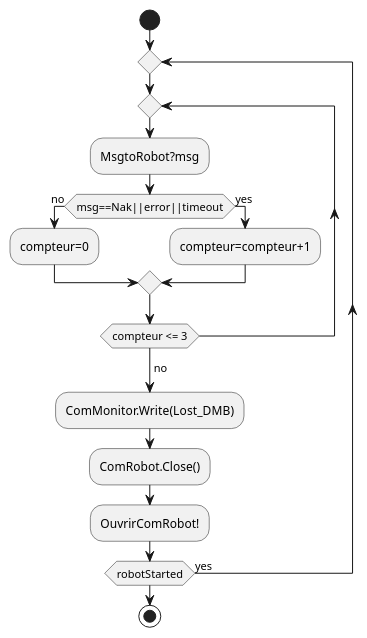
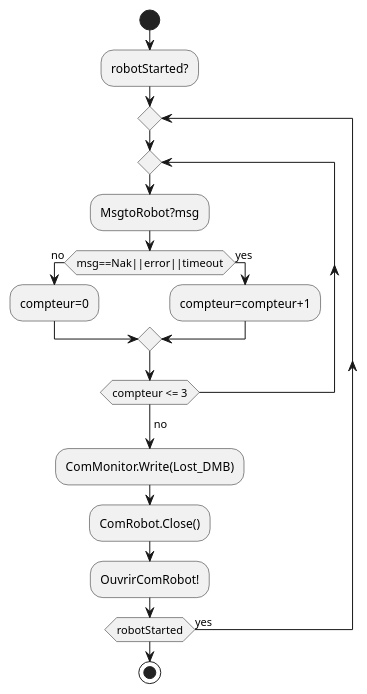
One commit to dotsumae/TP-temps-reel changed the diagram in modele/diagrammes d'activite/8 et 9_pertecomRS.plantuml. Above: the diagram before and after it, drawn with PlantUML.

Commit message:
Update 8 et 9_pertecomRS.plantuml

```diff
--- a/modele/diagrammes d'activite/8 et 9_pertecomRS.plantuml
+++ b/modele/diagrammes d'activite/8 et 9_pertecomRS.plantuml
@@ -1,27 +1,29 @@
 @startuml
 'Fonctionnalite 8 et 9 : 
 
 skinparam monochrome true
 
 start
+:robotStarted?;
+
 repeat
 repeat
 :MsgtoRobot?msg;
 
 if (msg==Nak||error||timeout) then (no)
   :compteur=0;
   else (yes)
   :compteur=compteur+1;
 endif
 
 repeat while (compteur <= 3)
 -> no; 
 :ComMonitor.Write(Lost_DMB);
 :ComRobot.Close();
 :OuvrirComRobot!;
 
 
 
 repeat while (robotStarted) is (yes)
 stop
 @enduml
```
